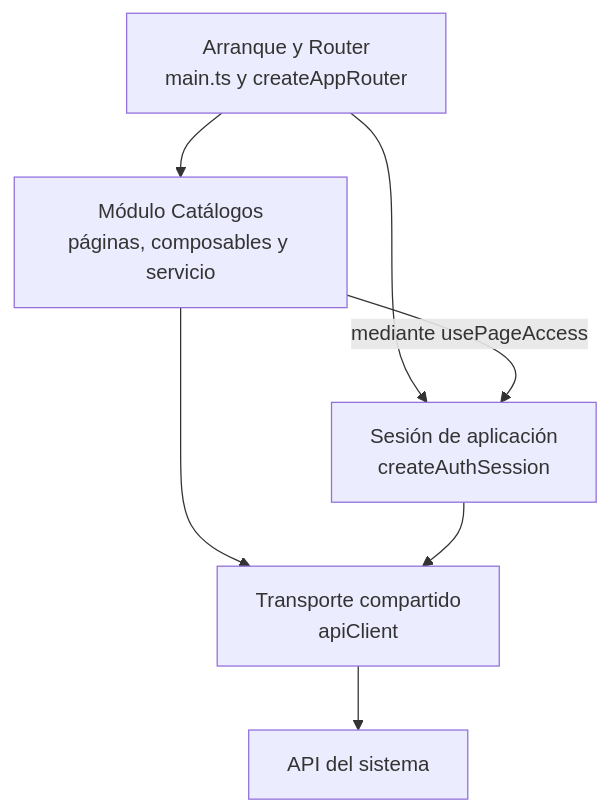
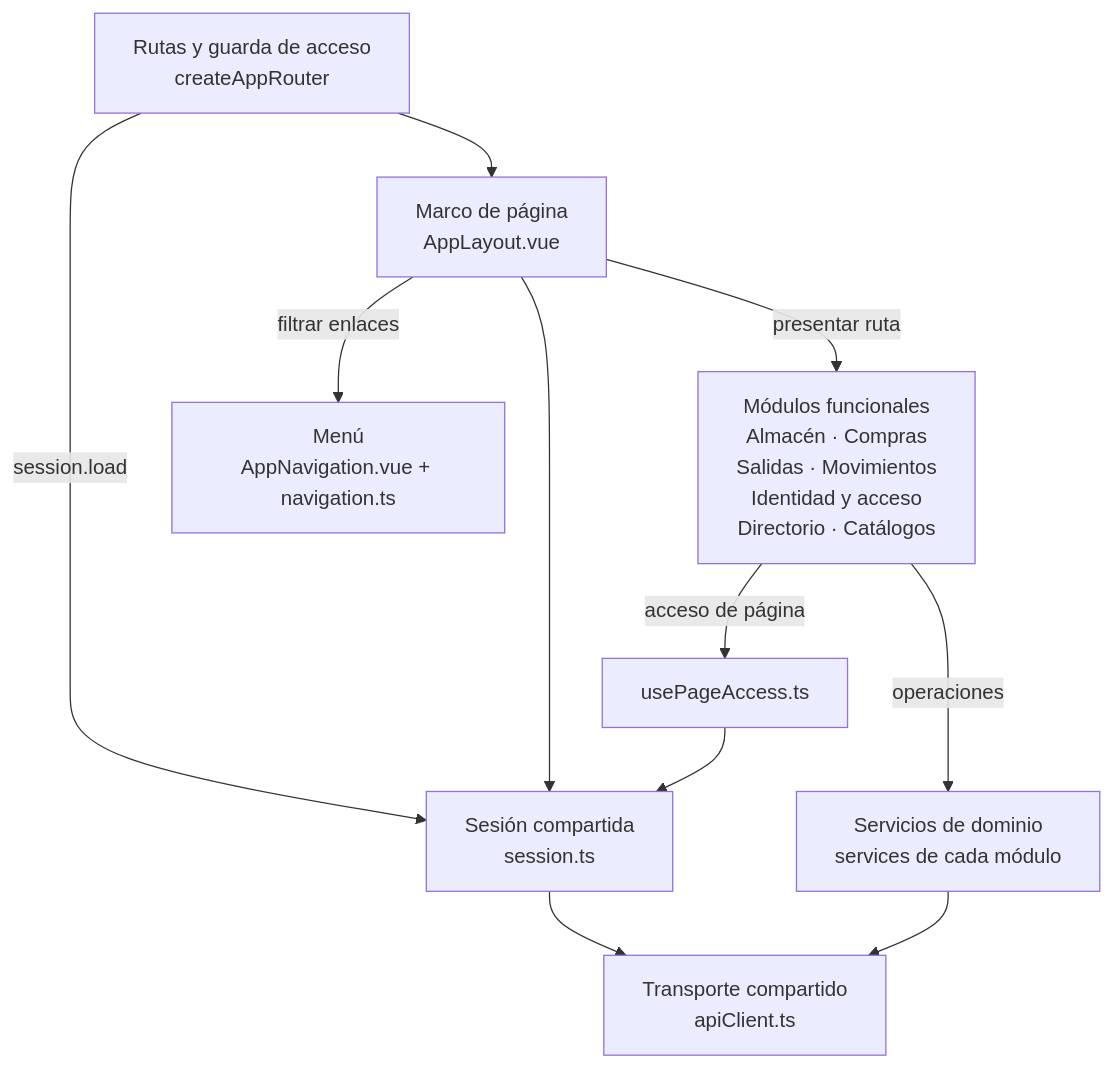
One commit to gpgsistemas01/nexus changed the second of 2 diagrams in front/docs/architecture/views/overview.md. Above: the diagram before and after it, drawn with Mermaid. The commit also changed other lines of this file and 68 other files, not shown here.

````diff
--- a/front/docs/architecture/views/overview.md
+++ b/front/docs/architecture/views/overview.md
@@ -41,9 +43,13 @@
 ```mermaid
 flowchart TB
-    router["Arranque y Router<br/>main.ts y createAppRouter"] --> catalog["Módulo Catálogos<br/>páginas, composables y servicio"]
-    router --> session["Sesión de aplicación<br/>createAuthSession"]
-    catalog -->|mediante usePageAccess| session
-    catalog --> http["Transporte compartido<br/>apiClient"]
+    router["Rutas y guarda de acceso<br/>createAppRouter"] -->|session.load| session["Sesión compartida<br/>session.ts"]
+    router --> layout["Marco de página<br/>AppLayout.vue"]
+    layout -->|filtrar enlaces| menu["Menú<br/>AppNavigation.vue + navigation.ts"]
+    layout --> session
+    layout -->|presentar ruta| modules["Módulos funcionales<br/>Almacén · Compras<br/>Salidas · Movimientos<br/>Identidad y acceso<br/>Directorio · Catálogos"]
+    modules -->|acceso de página| access["usePageAccess.ts"]
+    access --> session
+    modules -->|operaciones| services["Servicios de dominio<br/>services de cada módulo"]
+    services --> http["Transporte compartido<br/>apiClient.ts"]
     session --> http
-    http --> api["API del sistema"]
 ```
````
